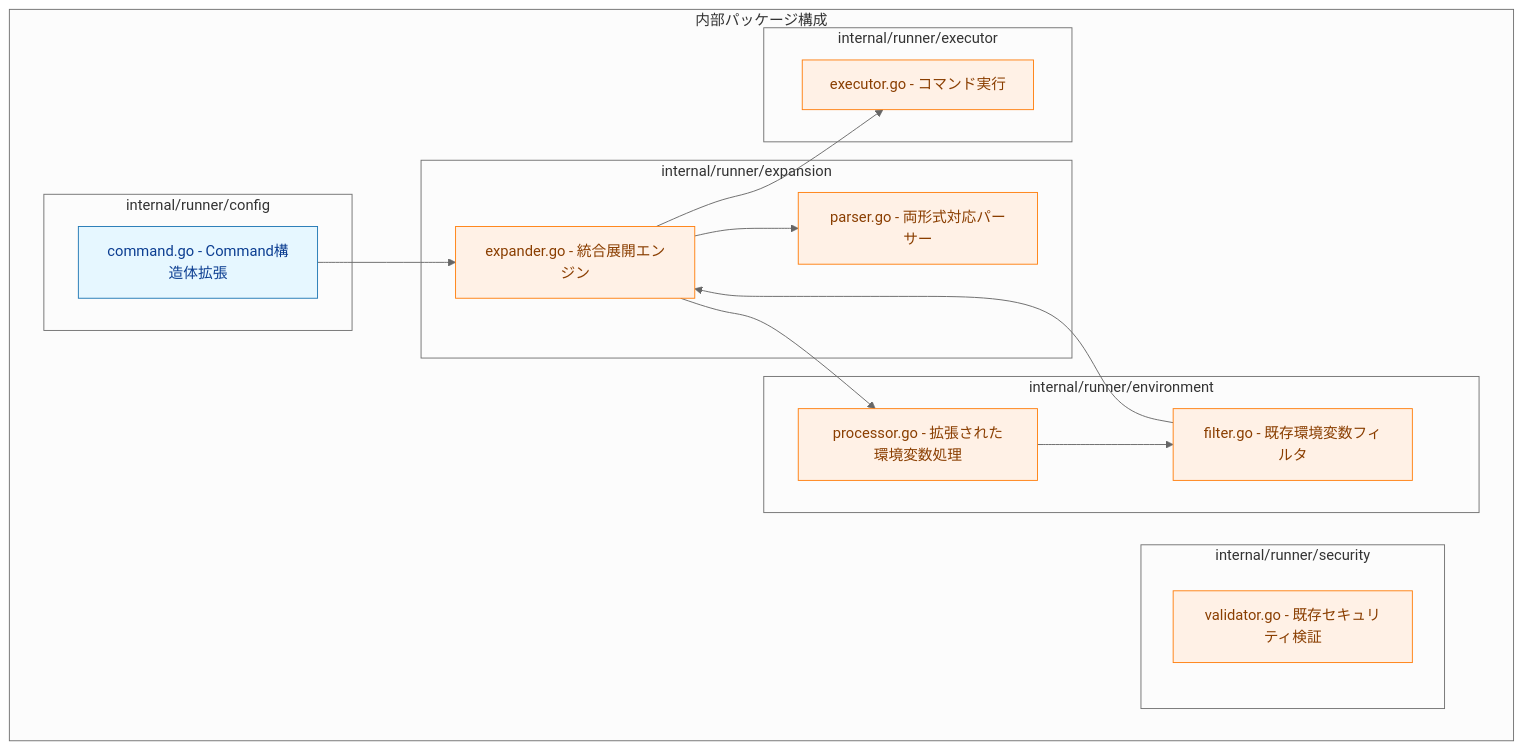
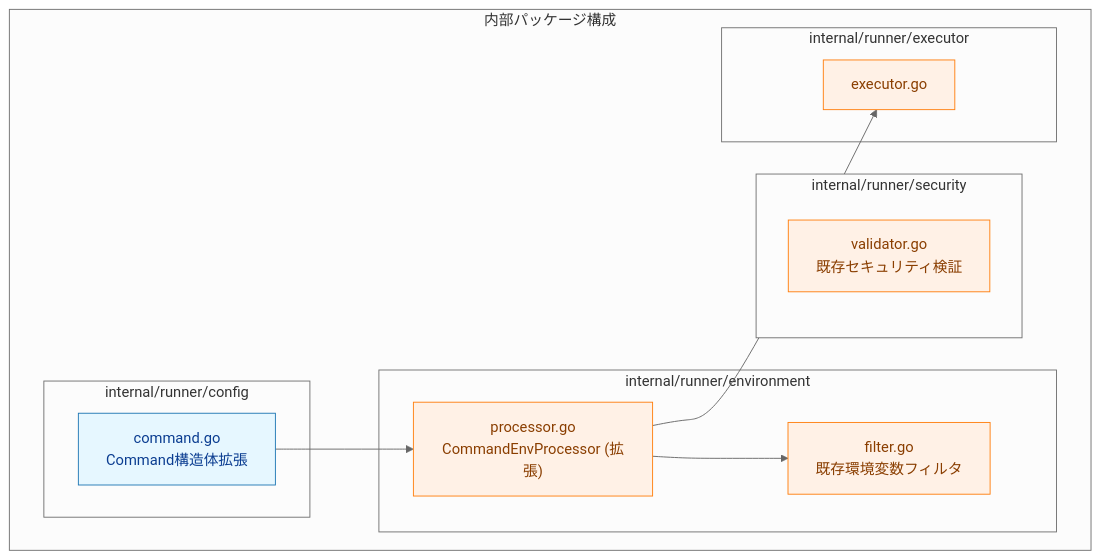
The third of 7 diagrams in docs/tasks/0026_variable_expansion/02_architecture.md (isseis/go-safe-cmd-runner), drawn with Mermaid (neutral theme) before and after one commit. The commit also changed other lines of this file and 9 other files, not shown here.

First line of the commit message:
Refactor env var expansion to use allowlist/group context and remove legacy parser

````diff
--- a/docs/tasks/0026_variable_expansion/02_architecture.md
+++ b/docs/tasks/0026_variable_expansion/02_architecture.md
@@ -76,42 +65,35 @@
 ```mermaid
 %% Component graph with data/process coloring
 graph TB
     classDef data fill:#e6f7ff,stroke:#1f77b4,stroke-width:1px,color:#0b3d91;
     classDef process fill:#fff1e6,stroke:#ff7f0e,stroke-width:1px,color:#8a3e00;
 
     subgraph "内部パッケージ構成"
-        subgraph "internal/runner/expansion"
-            A[expander.go - 統合展開エンジン]
-            B[parser.go - 両形式対応パーサー]
-        end
 
         subgraph "internal/runner/config"
-            E[command.go - Command構造体拡張]
+            E[command.go<br>Command構造体拡張]
         end
 
         subgraph "internal/runner/environment"
-            F[processor.go - 拡張された環境変数処理]
-            L[filter.go - 既存環境変数フィルタ]
+            F["processor.go<br>CommandEnvProcessor (拡張)"]
+            L[filter.go<br>既存環境変数フィルタ]
         end
 
         subgraph "internal/runner/security"
-            C[validator.go - 既存セキュリティ検証]
+            C[validator.go<br>既存セキュリティ検証]
         end
 
         subgraph "internal/runner/executor"
-            G[executor.go - コマンド実行]
+            G[executor.go<br.コマンド実行]
         end
     end
 
-    A --> B
-    A --> F
-    E --> A
+    E --> F
     F --> L
-    L --> A
-    A --> G
+    F --> G
 
     %% Assign classes: treat files that are primarily data as data, others as process
     class E data;
-    class A,B,F,L,C,G process;
+    class F,L,C,G process;
 
 ```
````
